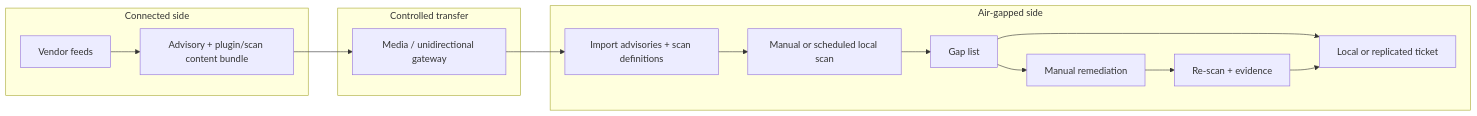
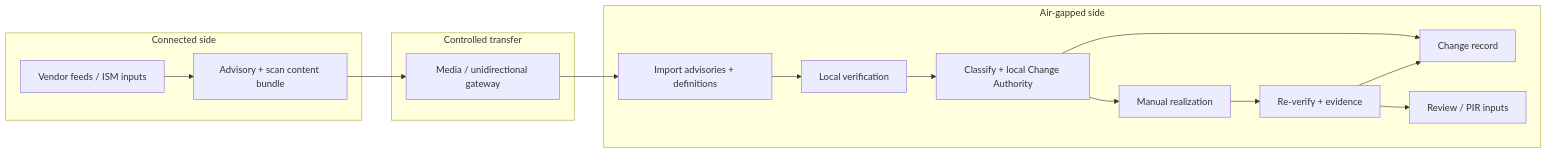
Before and after one commit to rathbunr/osd-infra-patch-orchestration: the third of 3 diagrams in docs/enterprise-architecture.md, drawn with Mermaid. The commit also changed other lines of this file, not shown here.

Commit message:
ITIL 4 alignment v1.1: Change Enablement lifecycle, Standard/Normal/Emergency, Change Authority, related practices, citations, updated diagrams

````diff
--- a/docs/enterprise-architecture.md
+++ b/docs/enterprise-architecture.md
@@ -180,24 +260,26 @@
 ```mermaid
 flowchart LR
     subgraph Connected["Connected side"]
-        Feed2["Vendor feeds"]
-        Bundle["Advisory + plugin/scan content bundle"]
+        Feed2["Vendor feeds / ISM inputs"]
+        Bundle["Advisory + scan content bundle"]
     end
 
     subgraph Transfer["Controlled transfer"]
         Media["Media / unidirectional gateway"]
     end
 
     subgraph Airgap["Air-gapped side"]
-        Import["Import advisories + scan definitions"]
-        ManualScan["Manual or scheduled local scan"]
-        Gap2["Gap list"]
-        Ticket2["Local or replicated ticket"]
-        ManualPatch["Manual remediation"]
-        ReScan["Re-scan + evidence"]
+        Import["Import advisories + definitions"]
+        Verify["Local verification"]
+        Classify2["Classify + local Change Authority"]
+        ChangeRec["Change record"]
+        Realize["Manual realization"]
+        ReVerify["Re-verify + evidence"]
+        Review["Review / PIR inputs"]
     end
 
     Feed2 --> Bundle --> Media --> Import
-    Import --> ManualScan --> Gap2 --> Ticket2
-    Gap2 --> ManualPatch --> ReScan --> Ticket2
+    Import --> Verify --> Classify2 --> ChangeRec
+    Classify2 --> Realize --> ReVerify --> ChangeRec
+    ReVerify --> Review
 ```
````
